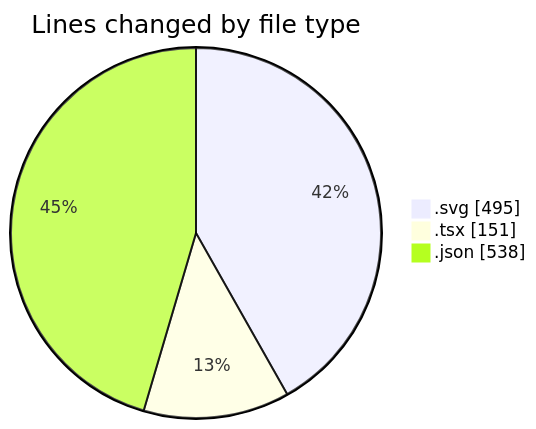
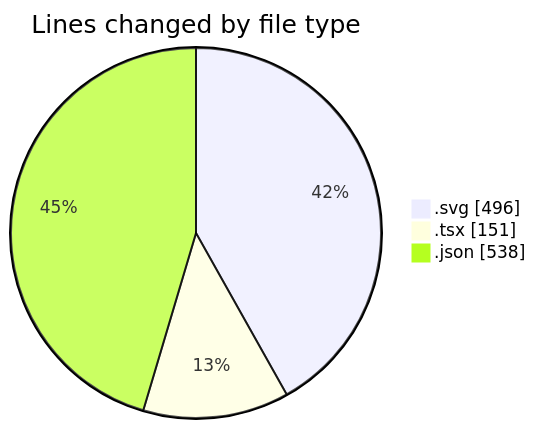
One commit to EIIisD/code-tracking changed the first of 2 diagrams in 2025-08-06/tw-server/README.md. Above: the diagram before and after it, drawn with Mermaid. The commit also changed other lines of this file and 1 other file, not shown here.

````diff
--- a/2025-08-06/tw-server/README.md
+++ b/2025-08-06/tw-server/README.md
@@ -30,7 +30,7 @@
 ```mermaid
 pie showData
 title Lines changed by file type
-".svg" : 495
+".svg" : 496
 ".tsx" : 151
 ".json" : 538
 ```
````
